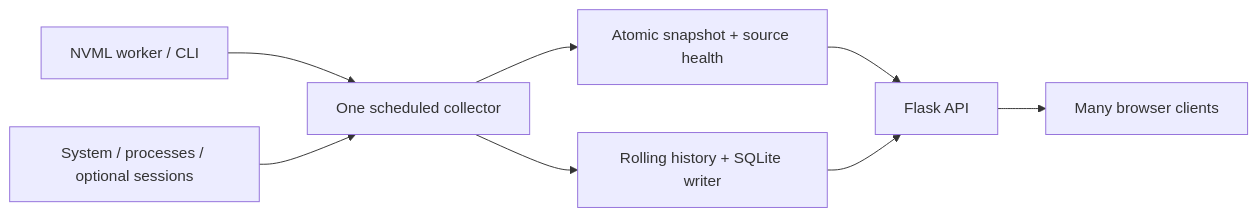
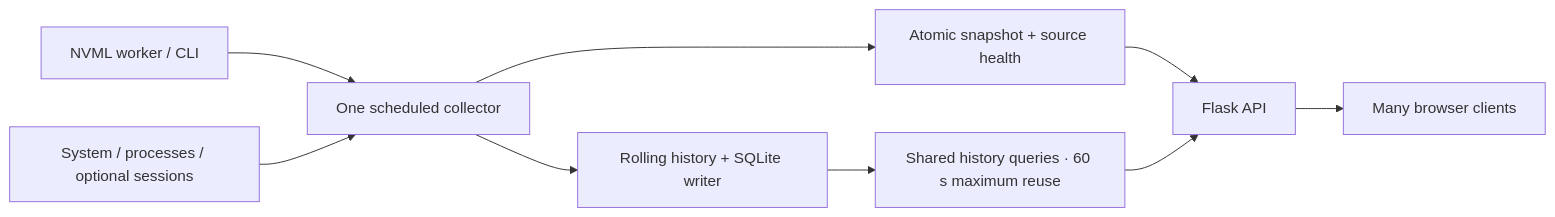
The diagram in README.md (drakishev/gpuroster), drawn with Mermaid before and after one commit. The commit also changed other lines of this file and 13 other files, not shown here.

````diff
--- a/README.md
+++ b/README.md
@@ -119,10 +119,11 @@
 ```mermaid
 flowchart LR
     NVML["NVML worker / CLI"] --> Collector["One scheduled collector"]
     System["System / processes / optional sessions"] --> Collector
     Collector --> Cache["Atomic snapshot + source health"]
     Collector --> History["Rolling history + SQLite writer"]
     Cache --> API["Flask API"]
-    History --> API
+    History --> Queries["Shared history queries · 60 s maximum reuse"]
+    Queries --> API
     API --> Clients["Many browser clients"]
 ```
````
